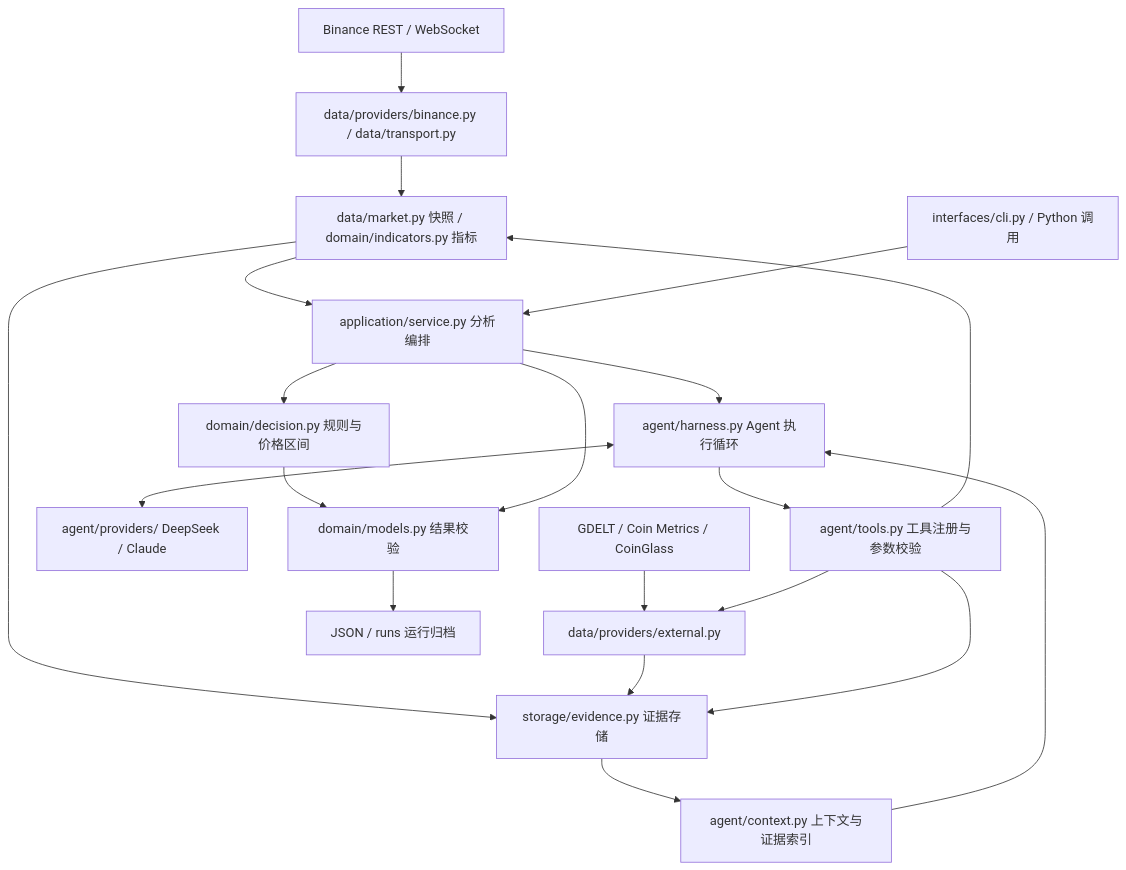
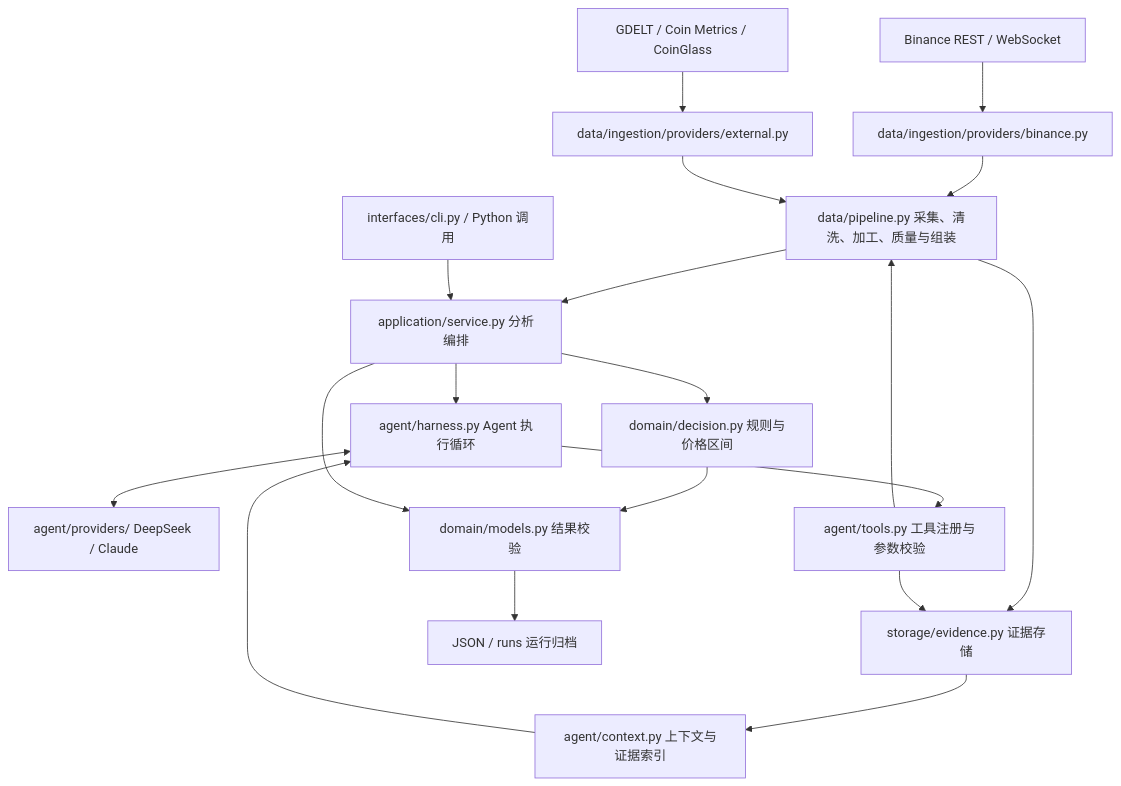
Before and after one commit to luckdogone/alpha-pulse: the first of 2 diagrams in README.md, drawn with Mermaid. The commit also changed other lines of this file and 50 other files, not shown here.

````diff
--- a/README.md
+++ b/README.md
@@ -55,22 +55,21 @@
 ```mermaid
 flowchart TB
-    Binance[Binance REST / WebSocket] --> Access[data/providers/binance.py / data/transport.py]
-    Sources[GDELT / Coin Metrics / CoinGlass] --> External[data/providers/external.py]
-    Access --> Market[data/market.py 快照 / domain/indicators.py 指标]
+    Binance[Binance REST / WebSocket] --> Access[data/ingestion/providers/binance.py]
+    Sources[GDELT / Coin Metrics / CoinGlass] --> External[data/ingestion/providers/external.py]
+    Access --> Market[data/pipeline.py 采集、清洗、加工、质量与组装]
+    External --> Market
     Market --> Service[application/service.py 分析编排]
     Market --> Evidence[storage/evidence.py 证据存储]
-    External --> Evidence
     CLI[interfaces/cli.py / Python 调用] --> Service
     Service --> Rules[domain/decision.py 规则与价格区间]
     Service --> Agent[agent/harness.py Agent 执行循环]
     Context[agent/context.py 上下文与证据索引] --> Agent
     Evidence --> Context
     Agent <--> LLM[agent/providers/ DeepSeek / Claude]
     Agent --> Tools[agent/tools.py 工具注册与参数校验]
     Tools --> Market
-    Tools --> External
     Tools --> Evidence
     Rules --> Output[domain/models.py 结果校验]
     Service --> Output
     Output --> Files[JSON / runs 运行归档]
 ```
````
